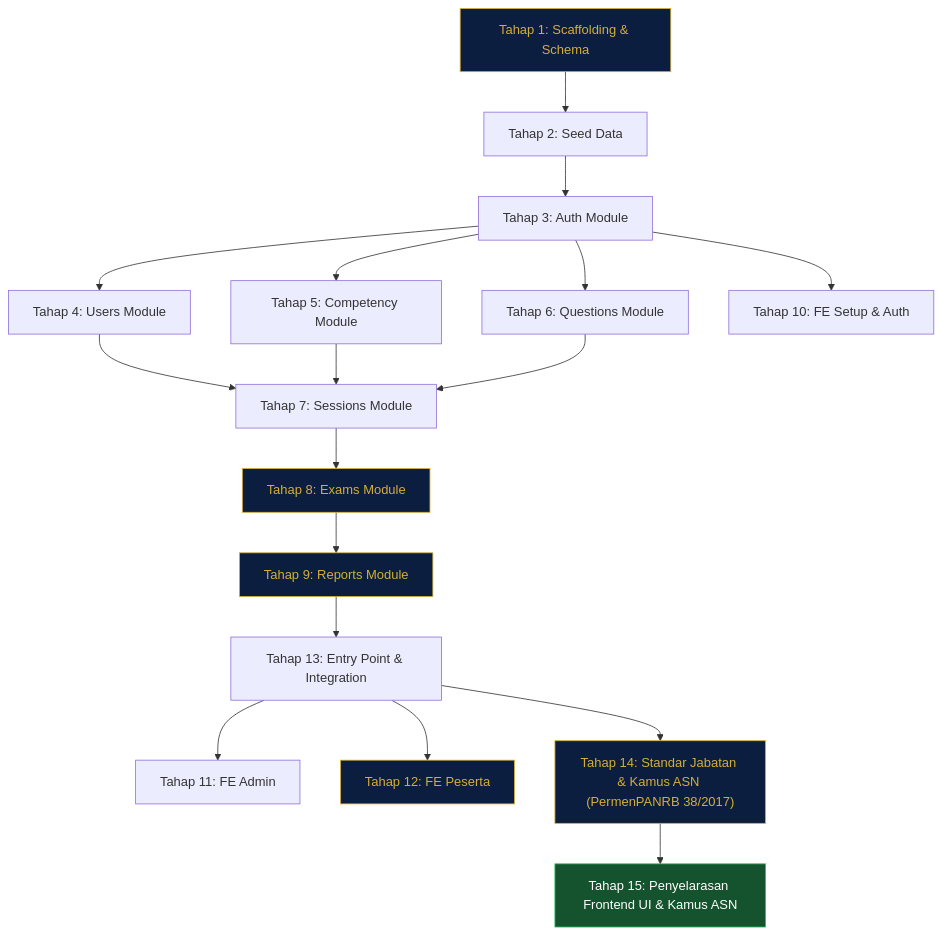
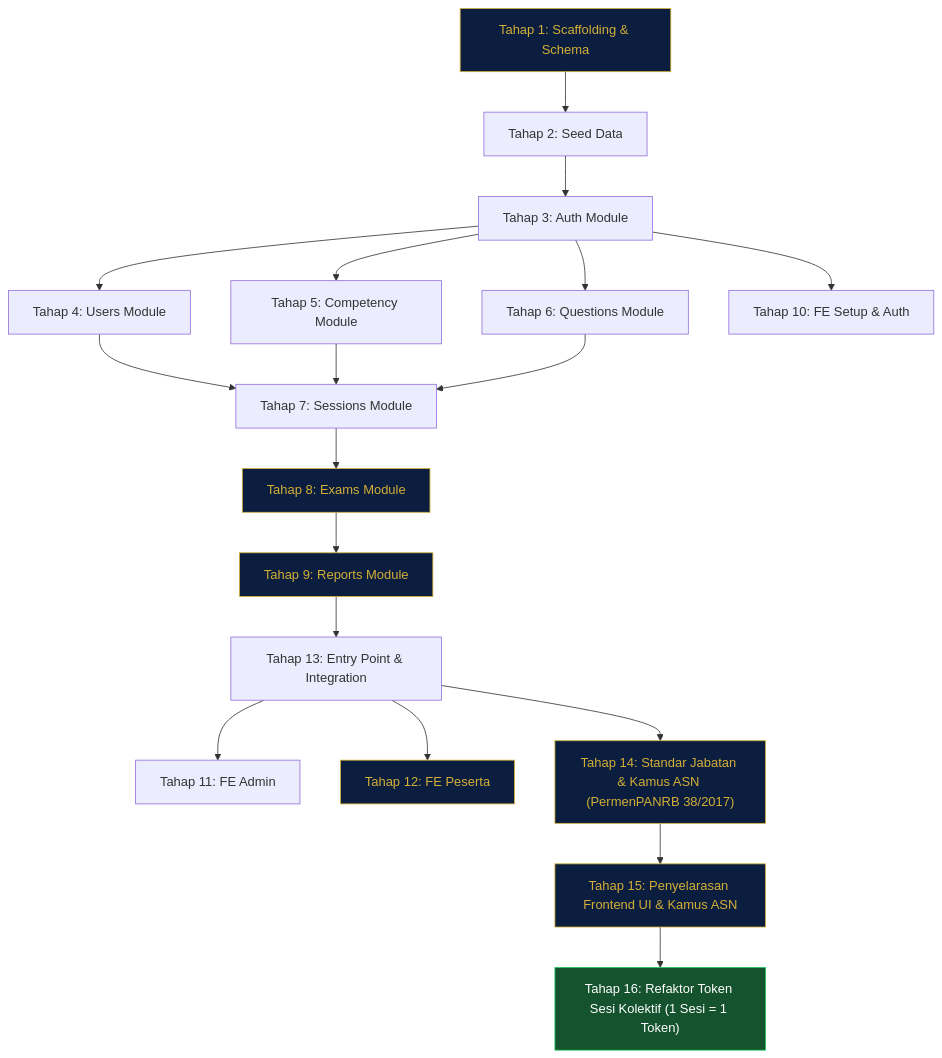
One commit to oktadhirga/asesmen changed the diagram in TDD_PLAN.md. Above: the diagram before and after it, drawn with Mermaid. The commit also changed other lines of this file and 14 other files, not shown here.

Commit message:
feat(sessions): implementasi 1 token per sesi bersama, proctoring screen, dan perapian navbar admin (Tahap 16)

````diff
--- a/TDD_PLAN.md
+++ b/TDD_PLAN.md
@@ -909,26 +975,28 @@
 ```mermaid
 graph TD
     T1["Tahap 1: Scaffolding & Schema"] --> T2["Tahap 2: Seed Data"]
     T2 --> T3["Tahap 3: Auth Module"]
     T3 --> T4["Tahap 4: Users Module"]
     T3 --> T5["Tahap 5: Competency Module"]
     T3 --> T6["Tahap 6: Questions Module"]
     T4 --> T7["Tahap 7: Sessions Module"]
     T5 --> T7
     T6 --> T7
     T7 --> T8["Tahap 8: Exams Module"]
     T8 --> T9["Tahap 9: Reports Module"]
     T9 --> T13["Tahap 13: Entry Point & Integration"]
     T3 --> T10["Tahap 10: FE Setup & Auth"]
     T13 --> T11["Tahap 11: FE Admin"]
     T13 --> T12["Tahap 12: FE Peserta"]
     T13 --> T14["Tahap 14: Standar Jabatan & Kamus ASN (PermenPANRB 38/2017)"]
     T14 --> T15["Tahap 15: Penyelarasan Frontend UI & Kamus ASN"]
+    T15 --> T16["Tahap 16: Refaktor Token Sesi Kolektif (1 Sesi = 1 Token)"]
 
     style T1 fill:#0b1e3f,color:#d4af37,stroke:#d4af37
     style T8 fill:#0b1e3f,color:#d4af37,stroke:#d4af37
     style T9 fill:#0b1e3f,color:#d4af37,stroke:#d4af37
     style T12 fill:#0b1e3f,color:#d4af37,stroke:#d4af37
     style T14 fill:#0b1e3f,color:#d4af37,stroke:#d4af37
-    style T15 fill:#14532d,color:#ffffff,stroke:#22c55e
+    style T15 fill:#0b1e3f,color:#d4af37,stroke:#d4af37
+    style T16 fill:#14532d,color:#ffffff,stroke:#22c55e
 ```
````
